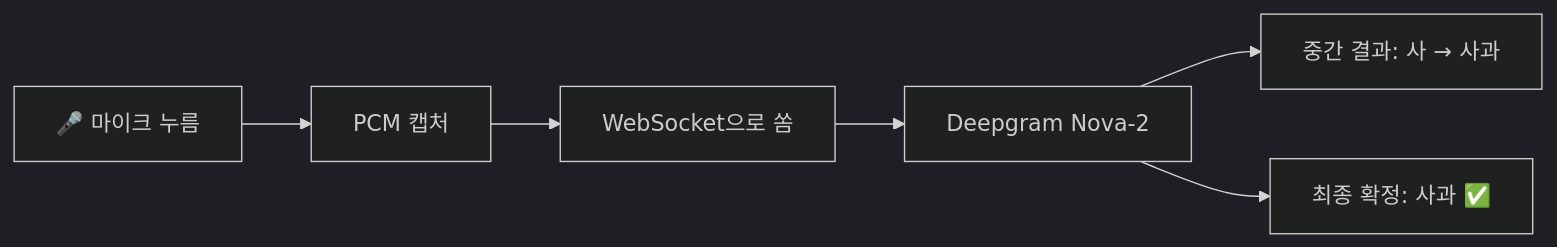
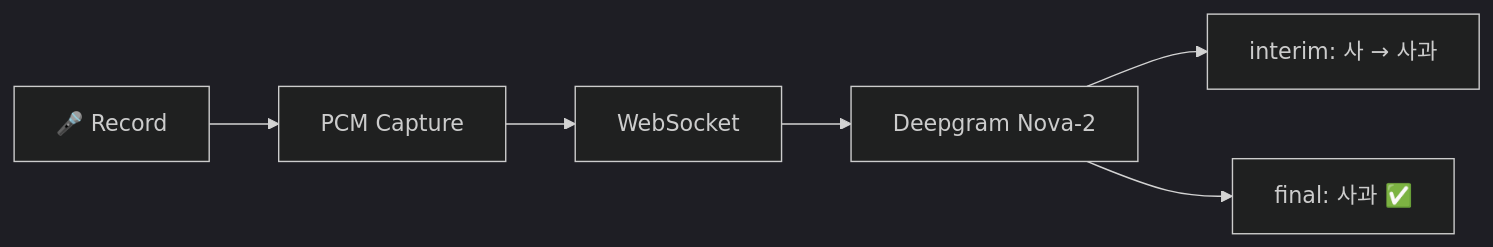
Before and after one commit to Technoetic/word-chain-game: the third of 7 diagrams in README.md, drawn with Mermaid (dark theme). The commit also changed other lines of this file, not shown here.

````diff
--- a/README.md
+++ b/README.md
@@ -64,6 +62,6 @@
 ```mermaid
 flowchart LR
-    A["🎤 마이크 누름"] --> B["PCM 캡처"] --> C["WebSocket으로 쏨"] --> D["Deepgram Nova-2"]
-    D --> E["중간 결과: 사 → 사과"]
-    D --> F["최종 확정: 사과 ✅"]
+    A["🎤 Record"] --> B["PCM Capture"] --> C["WebSocket"] --> D["Deepgram Nova-2"]
+    D --> E["interim: 사 → 사과"]
+    D --> F["final: 사과 ✅"]
 ```
````
